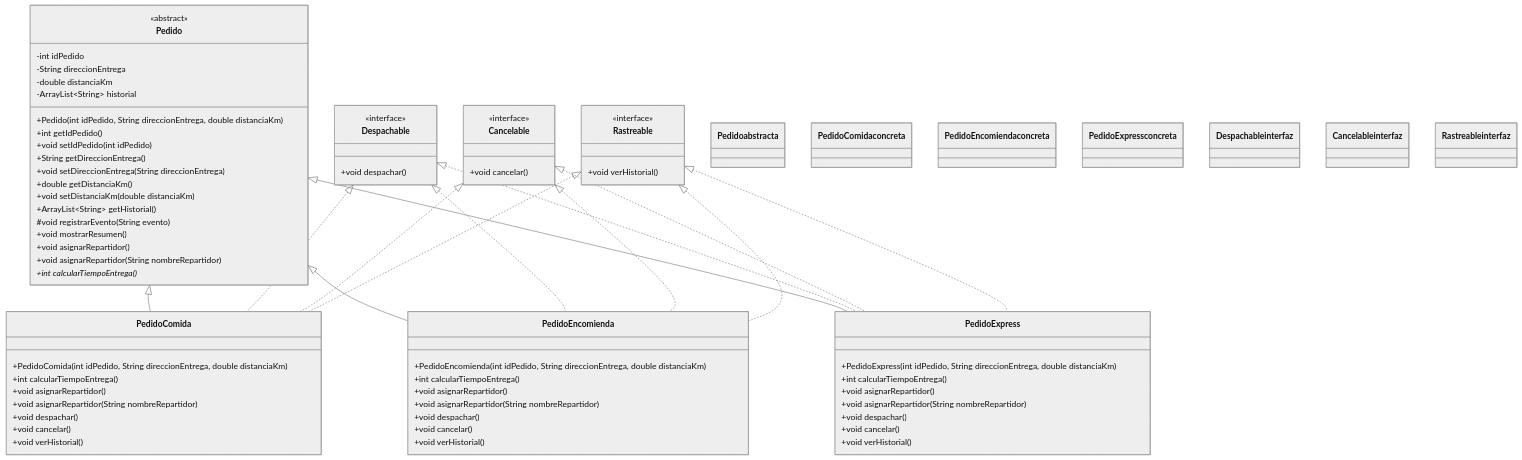
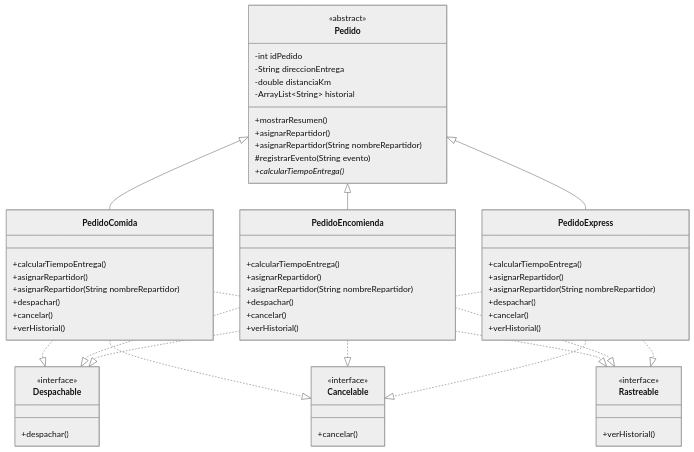
The diagram in README.md (sergiosandovalv/SpeedFast), drawn with Mermaid (neutral theme) before and after one commit. The commit also changed other lines of this file, not shown here.

Commit message:
Update README.md
update diagram

````diff
--- a/README.md
+++ b/README.md
@@ -116,93 +116,68 @@
         -String direccionEntrega
         -double distanciaKm
         -ArrayList~String~ historial
-        +Pedido(int idPedido, String direccionEntrega, double distanciaKm)
-        +int getIdPedido()
-        +void setIdPedido(int idPedido)
-        +String getDireccionEntrega()
-        +void setDireccionEntrega(String direccionEntrega)
-        +double getDistanciaKm()
-        +void setDistanciaKm(double distanciaKm)
-        +ArrayList~String~ getHistorial()
-        #void registrarEvento(String evento)
-        +void mostrarResumen()
-        +void asignarRepartidor()
-        +void asignarRepartidor(String nombreRepartidor)
-        +int calcularTiempoEntrega()*
+        +mostrarResumen()
+        +asignarRepartidor()
+        +asignarRepartidor(String nombreRepartidor)
+        #registrarEvento(String evento)
+        +calcularTiempoEntrega()*
     }
 
     class PedidoComida {
-        +PedidoComida(int idPedido, String direccionEntrega, double distanciaKm)
-        +int calcularTiempoEntrega()
-        +void asignarRepartidor()
-        +void asignarRepartidor(String nombreRepartidor)
-        +void despachar()
-        +void cancelar()
-        +void verHistorial()
+        +calcularTiempoEntrega()
+        +asignarRepartidor()
+        +asignarRepartidor(String nombreRepartidor)
+        +despachar()
+        +cancelar()
+        +verHistorial()
     }
 
     class PedidoEncomienda {
-        +PedidoEncomienda(int idPedido, String direccionEntrega, double distanciaKm)
-        +int calcularTiempoEntrega()
-        +void asignarRepartidor()
-        +void asignarRepartidor(String nombreRepartidor)
-        +void despachar()
-        +void cancelar()
-        +void verHistorial()
+        +calcularTiempoEntrega()
+        +asignarRepartidor()
+        +asignarRepartidor(String nombreRepartidor)
+        +despachar()
+        +cancelar()
+        +verHistorial()
     }
 
     class PedidoExpress {
-        +PedidoExpress(int idPedido, String direccionEntrega, double distanciaKm)
-        +int calcularTiempoEntrega()
-        +void asignarRepartidor()
-        +void asignarRepartidor(String nombreRepartidor)
-        +void despachar()
-        +void cancelar()
-        +void verHistorial()
+        +calcularTiempoEntrega()
+        +asignarRepartidor()
+        +asignarRepartidor(String nombreRepartidor)
+        +despachar()
+        +cancelar()
+        +verHistorial()
     }
 
     class Despachable {
         <<interface>>
-        +void despachar()
+        +despachar()
     }
 
     class Cancelable {
         <<interface>>
-        +void cancelar()
+        +cancelar()
     }
 
     class Rastreable {
         <<interface>>
-        +void verHistorial()
+        +verHistorial()
     }
 
     Pedido <|-- PedidoComida
     Pedido <|-- PedidoEncomienda
     Pedido <|-- PedidoExpress
 
-    Despachable <|.. PedidoComida
-    Despachable <|.. PedidoEncomienda
-    Despachable <|.. PedidoExpress
+    PedidoComida ..|> Despachable
+    PedidoComida ..|> Cancelable
+    PedidoComida ..|> Rastreable
 
-    Cancelable <|.. PedidoComida
-    Cancelable <|.. PedidoEncomienda
-    Cancelable <|.. PedidoExpress
+    PedidoEncomienda ..|> Despachable
+    PedidoEncomienda ..|> Cancelable
+    PedidoEncomienda ..|> Rastreable
 
-    Rastreable <|.. PedidoComida
-    Rastreable <|.. PedidoEncomienda
-    Rastreable <|.. PedidoExpress
-
-    classDef abstracta fill:#fff3cd,stroke:#856404,stroke-width:2px
-    classDef concreta fill:#d1ecf1,stroke:#0c5460,stroke-width:2px
-    classDef interfaz fill:#d4edda,stroke:#155724,stroke-width:2px
-
-    class Pedido abstracta
-
-    class PedidoComida concreta
-    class PedidoEncomienda concreta
-    class PedidoExpress concreta
-
-    class Despachable interfaz
-    class Cancelable interfaz
-    class Rastreable interfaz
+    PedidoExpress ..|> Despachable
+    PedidoExpress ..|> Cancelable
+    PedidoExpress ..|> Rastreable
 ```
````
